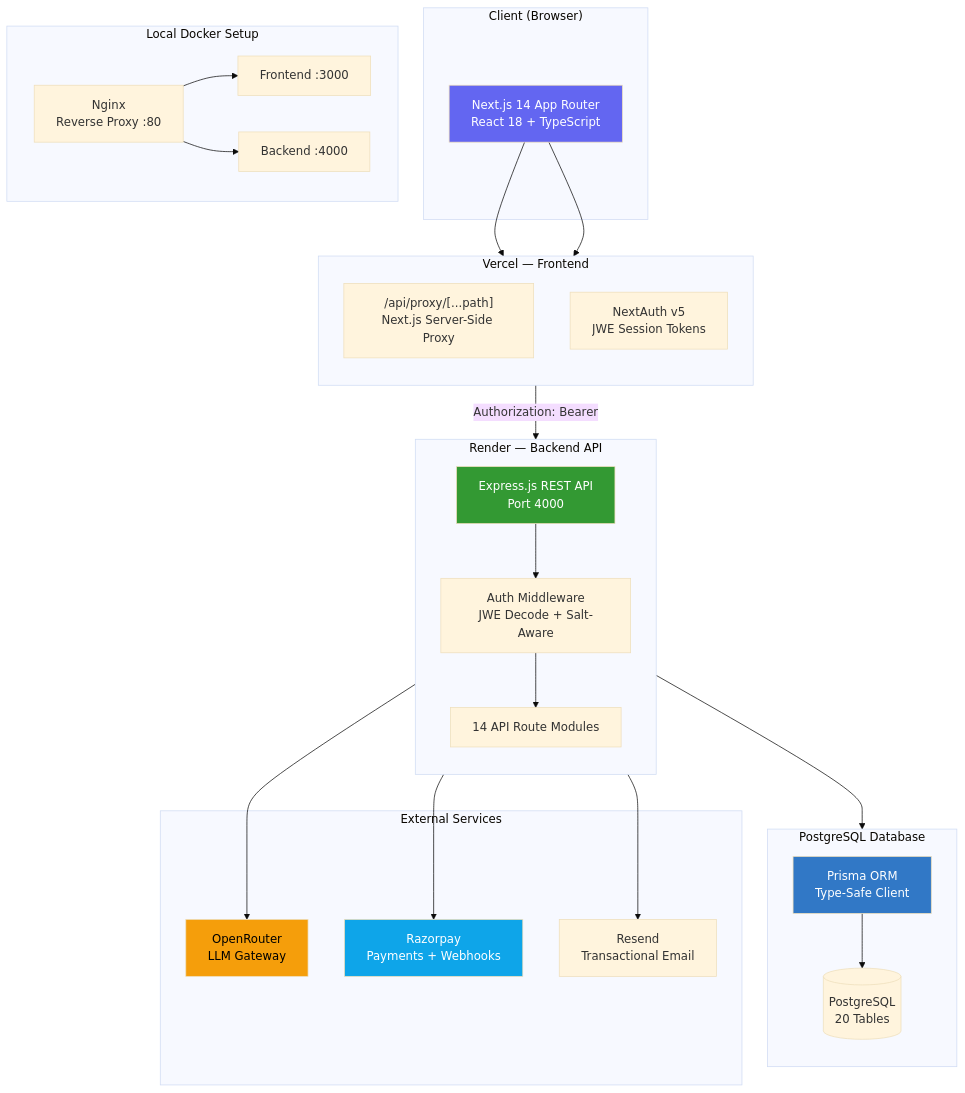
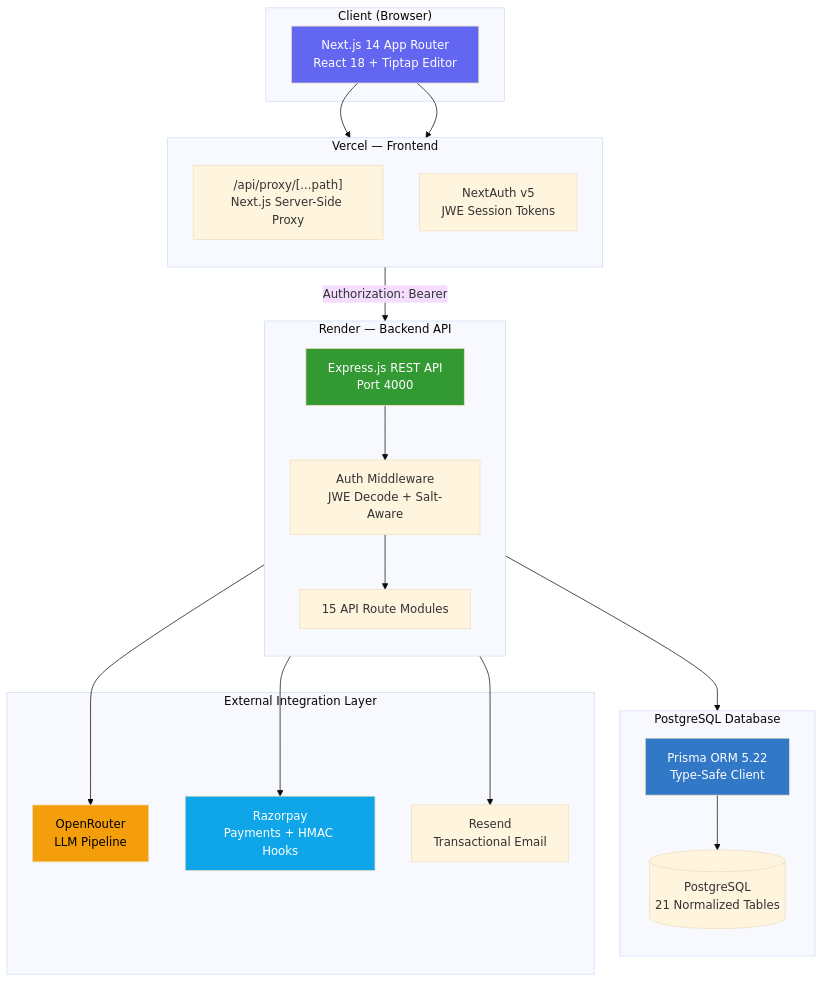
The first of 2 diagrams in README.md (shiteshkhaw/WordSage), drawn with Mermaid (base theme) before and after one commit. The commit also changed other lines of this file, not shown here.

````diff
--- a/README.md
+++ b/README.md
@@ -62,42 +51,37 @@
 ```mermaid
 graph TB
     subgraph "Client (Browser)"
-        UI[Next.js 14 App Router<br/>React 18 + TypeScript]
+        UI[Next.js 14 App Router<br/>React 18 + Tiptap Editor]
     end
 
     subgraph "Vercel — Frontend"
         direction TB
         UI --> PROXY["/api/proxy/[...path]\nNext.js Server-Side Proxy"]
         UI --> AUTH_ROUTE[NextAuth v5\nJWE Session Tokens]
     end
 
     subgraph "Render — Backend API"
         direction TB
         PROXY -->|"Authorization: Bearer <JWE>"| EXPRESS[Express.js REST API\nPort 4000]
         EXPRESS --> MIDDLEWARE[Auth Middleware\nJWE Decode + Salt-Aware]
-        MIDDLEWARE --> ROUTES[14 API Route Modules]
+        MIDDLEWARE --> ROUTES[15 API Route Modules]
     end
 
     subgraph "PostgreSQL Database"
         direction TB
-        ROUTES --> PRISMA[Prisma ORM\nType-Safe Client]
-        PRISMA --> DB[(PostgreSQL\n20 Tables)]
+        ROUTES --> PRISMA[Prisma ORM 5.22\nType-Safe Client]
+        PRISMA --> DB[(PostgreSQL\n21 Normalized Tables)]
     end
 
-    subgraph "External Services"
-        ROUTES --> OPENROUTER[OpenRouter\nLLM Gateway]
-        ROUTES --> RAZORPAY[Razorpay\nPayments + Webhooks]
+    subgraph "External Integration Layer"
+        ROUTES --> OPENROUTER[OpenRouter\nLLM Pipeline]
+        ROUTES --> RAZORPAY[Razorpay\nPayments + HMAC Hooks]
         ROUTES --> RESEND[Resend\nTransactional Email]
-    end
-
-    subgraph "Local Docker Setup"
-        NGINX[Nginx\nReverse Proxy :80] --> FE_DOCKER[Frontend :3000]
-        NGINX --> BE_DOCKER[Backend :4000]
     end
 
     style UI fill:#6366f1,color:#fff
     style EXPRESS fill:#339933,color:#fff
     style PRISMA fill:#3178C6,color:#fff
     style OPENROUTER fill:#f59e0b,color:#000
     style RAZORPAY fill:#0ea5e9,color:#fff
 ```
````
